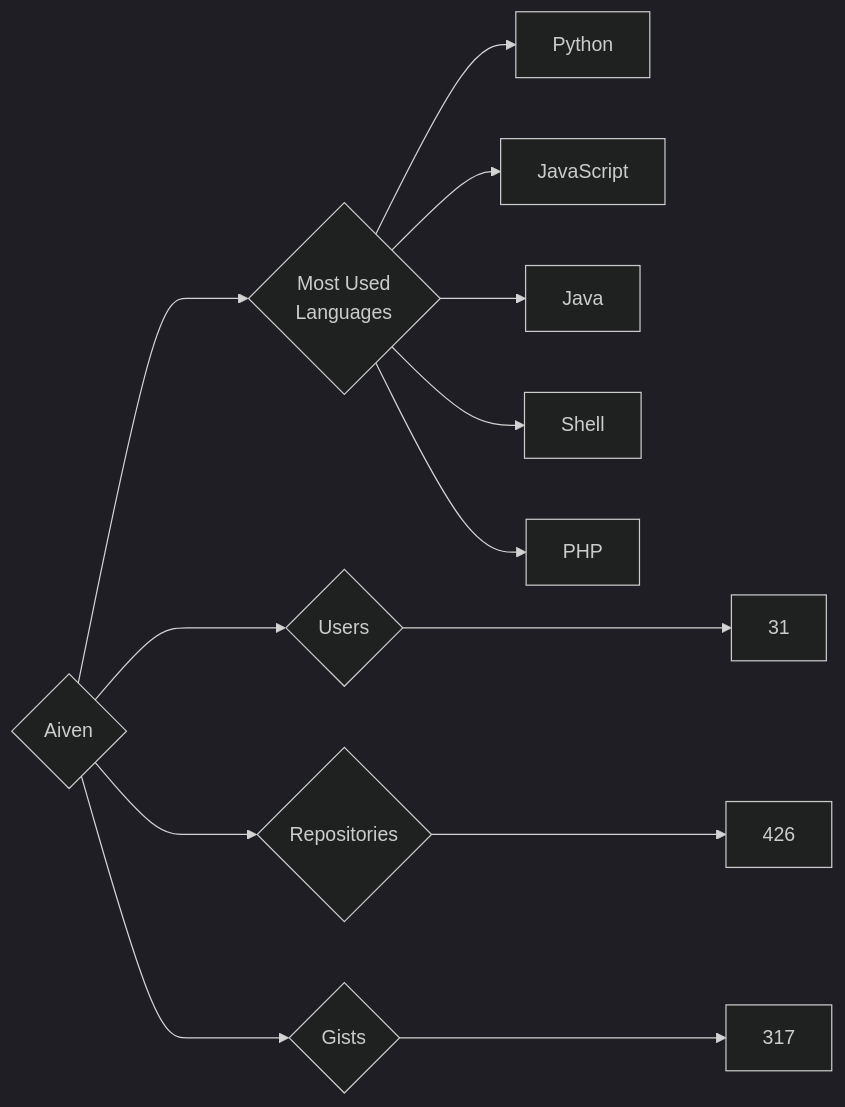
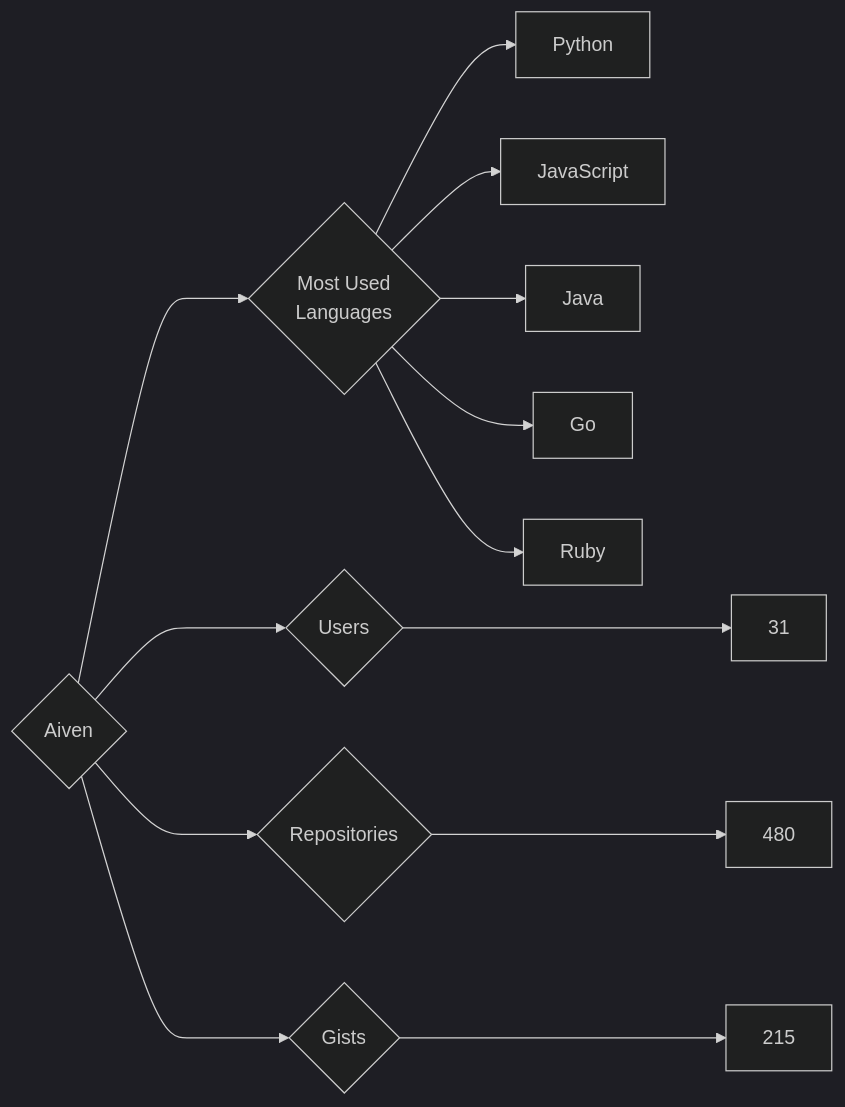
Before and after one commit to trickest/insiders: the diagram in targets/Aiven/README.md, drawn with Mermaid (dark theme). The commit also changed 752 other files, not shown here.

````diff
--- a/targets/Aiven/README.md
+++ b/targets/Aiven/README.md
@@ -3,13 +3,13 @@
 ```mermaid
 graph LR
 COMPANY_NAME{Aiven}
 COMPANY_NAME ---> U{Users} ---> UN[31]
-COMPANY_NAME ---> R{Repositories} ---> RN[426]
-COMPANY_NAME ---> G{Gists} ---> GN[317]
+COMPANY_NAME ---> R{Repositories} ---> RN[480]
+COMPANY_NAME ---> G{Gists} ---> GN[215]
 COMPANY_NAME ---> ML{Most Used<br>Languages}
 ML --> Python[Python]
 ML --> JavaScript[JavaScript]
 ML --> Java[Java]
-ML --> Shell[Shell]
-ML --> PHP[PHP]
+ML --> Go[Go]
+ML --> Ruby[Ruby]
 ```
````
